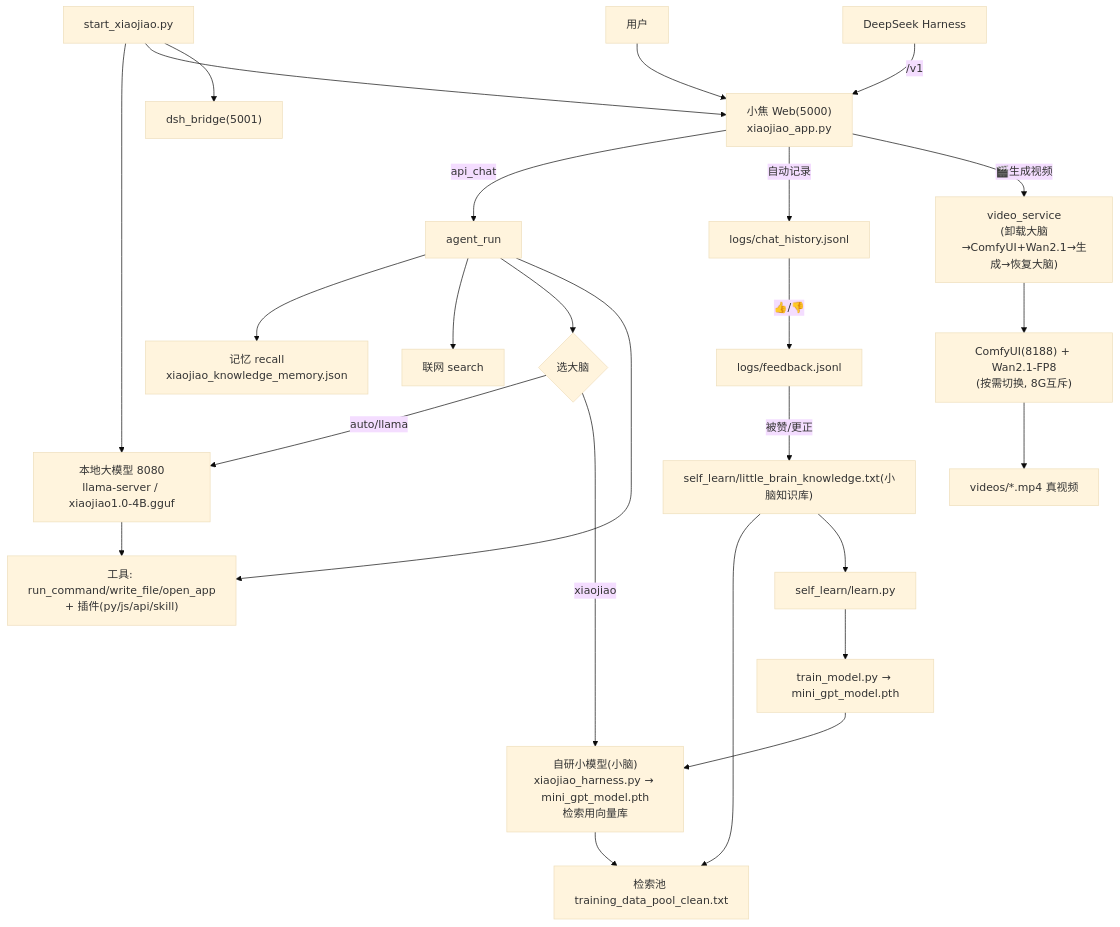
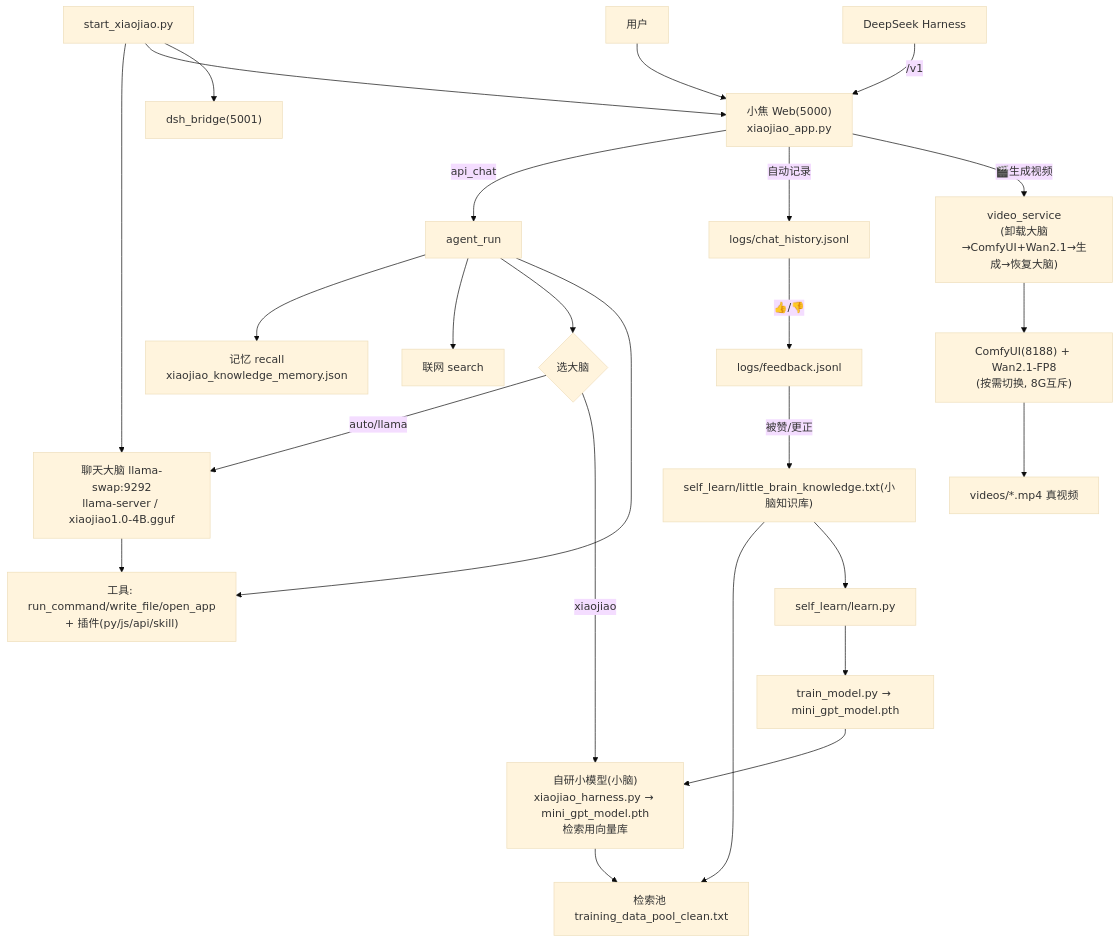
The fifth of 6 diagrams in README.md (jiangchuangege/xiaojiao-harness), drawn with Mermaid (base theme) before and after one commit. The commit also changed other lines of this file and 3 other files, not shown here.

Commit message:
全库清理: README大模型8080->llama-swap(9292)4处, brain_manager聊天脑端口9292, distill脚本LLAMA_API->9292

````diff
--- a/README.md
+++ b/README.md
@@ -484,27 +484,27 @@
 ```mermaid
 flowchart TD
     U["用户"] --> W["小焦 Web(5000)<br/>xiaojiao_app.py"]
     DSH["DeepSeek Harness"] -->|/v1| W
     W -->|api_chat| A["agent_run"]
     A --> M["记忆 recall<br/>xiaojiao_knowledge_memory.json"]
     A --> S["联网 search"]
     A --> C{"选大脑"}
-    C -->|auto/llama| BIG["本地大模型 8080<br/>llama-server / xiaojiao1.0-4B.gguf"]
+    C -->|auto/llama| BIG["聊天大脑 llama-swap:9292<br/>llama-server / xiaojiao1.0-4B.gguf"]
     C -->|xiaojiao| SMALL["自研小模型(小脑)<br/>xiaojiao_harness.py → mini_gpt_model.pth<br/>检索用向量库"]
     BIG --> TOOLS["工具: run_command/write_file/open_app<br/>+ 插件(py/js/api/skill)"]
     A --> TOOLS
     SMALL --> RET["检索池 training_data_pool_clean.txt"]
     W -->|自动记录| LOG["logs/chat_history.jsonl"]
     LOG -->|👍/👎| FB["logs/feedback.jsonl"]
     FB -->|被赞/更正| KNOW["self_learn/little_brain_knowledge.txt(小脑知识库)"]
     KNOW --> RET
     KNOW --> T2["self_learn/learn.py"]
     T2 --> TRAIN["train_model.py → mini_gpt_model.pth"]
     TRAIN --> SMALL
     ST["start_xiaojiao.py"] --> BIG
     ST --> W
     ST --> BR["dsh_bridge(5001)"]
     W -->|🎬生成视频| VID["video_service<br/>(卸载大脑→ComfyUI+Wan2.1→生成→恢复大脑)"]
     VID --> COMFY["ComfyUI(8188) + Wan2.1-FP8<br/>(按需切换, 8G互斥)"]
     COMFY --> OUTV["videos/*.mp4 真视频"]
 ```
````
